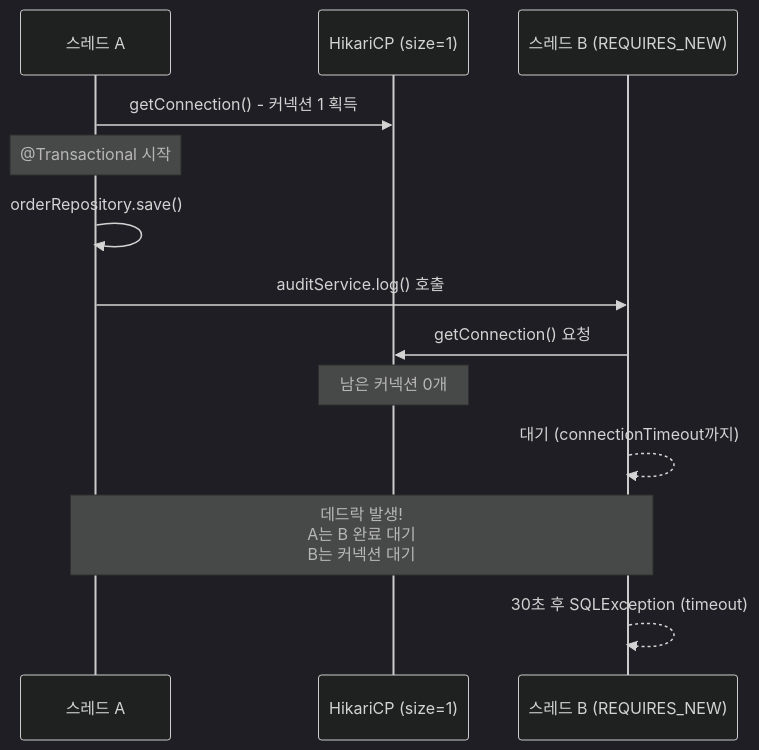
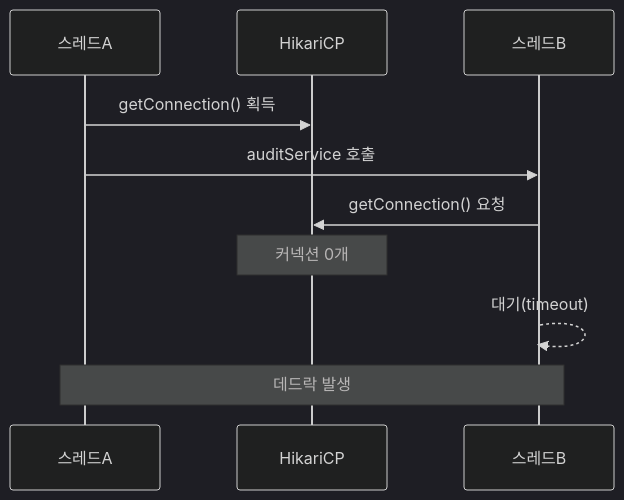
The fourth of 4 diagrams in _posts/db/2026-05-01-db-connection-pool.md (yjkim2015/yjkim2015.github.io), drawn with Mermaid (dark theme) before and after one commit. The commit also changed other lines of this file and 155 other files, not shown here.

First line of the commit message:
Mermaid 전면 수정: subgraph 제거, participant/노드/줄수 축소 (342블록)

````diff
--- a/_posts/db/2026-05-01-db-connection-pool.md
+++ b/_posts/db/2026-05-01-db-connection-pool.md
@@ -270,15 +268,12 @@
 ```mermaid
 sequenceDiagram
-    participant TA as 스레드 A
-    participant Pool as HikariCP (size=1)
-    participant TB as 스레드 B (REQUIRES_NEW)
-    TA->>Pool: getConnection() - 커넥션 1 획득
-    Note over TA: @Transactional 시작
-    TA->>TA: orderRepository.save()
-    TA->>TB: auditService.log() 호출
+    participant TA as 스레드A
+    participant Pool as HikariCP
+    participant TB as 스레드B
+    TA->>Pool: getConnection() 획득
+    TA->>TB: auditService 호출
     TB->>Pool: getConnection() 요청
-    Note over Pool: 남은 커넥션 0개
-    TB-->>TB: 대기 (connectionTimeout까지)
-    Note over TA,TB: 데드락 발생!<br/>A는 B 완료 대기<br/>B는 커넥션 대기
-    TB-->>TB: 30초 후 SQLException (timeout)
+    Note over Pool: 커넥션 0개
+    TB-->>TB: 대기(timeout)
+    Note over TA,TB: 데드락 발생
 ```
````
